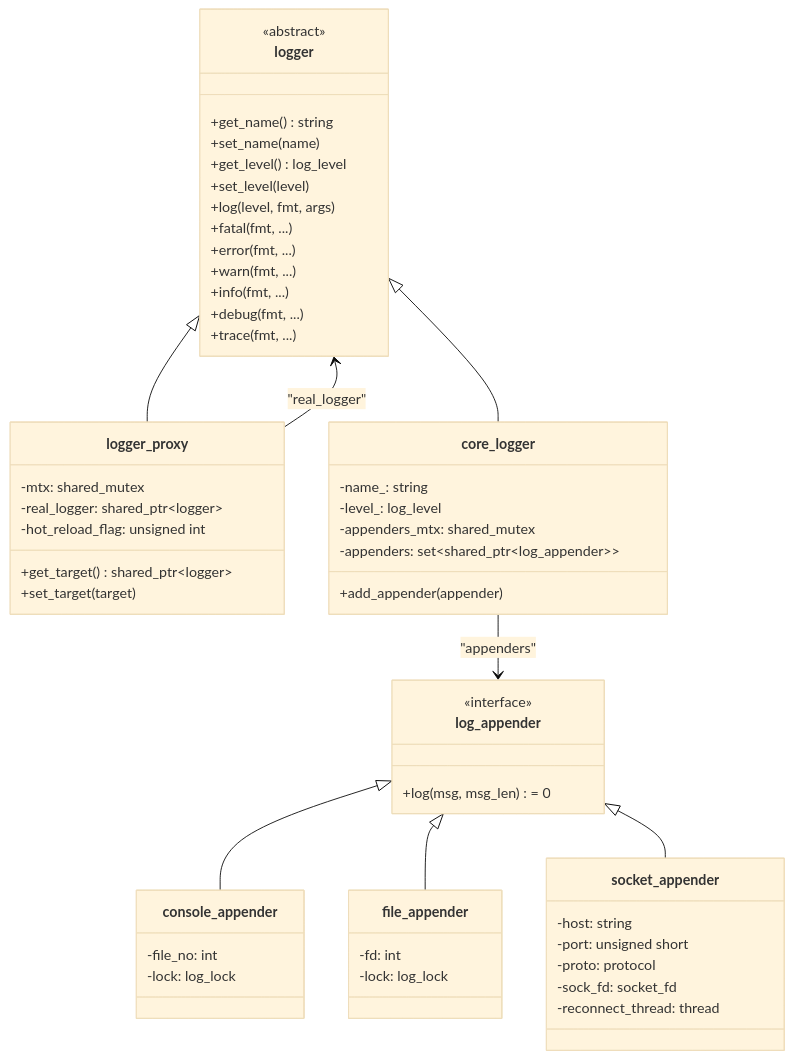
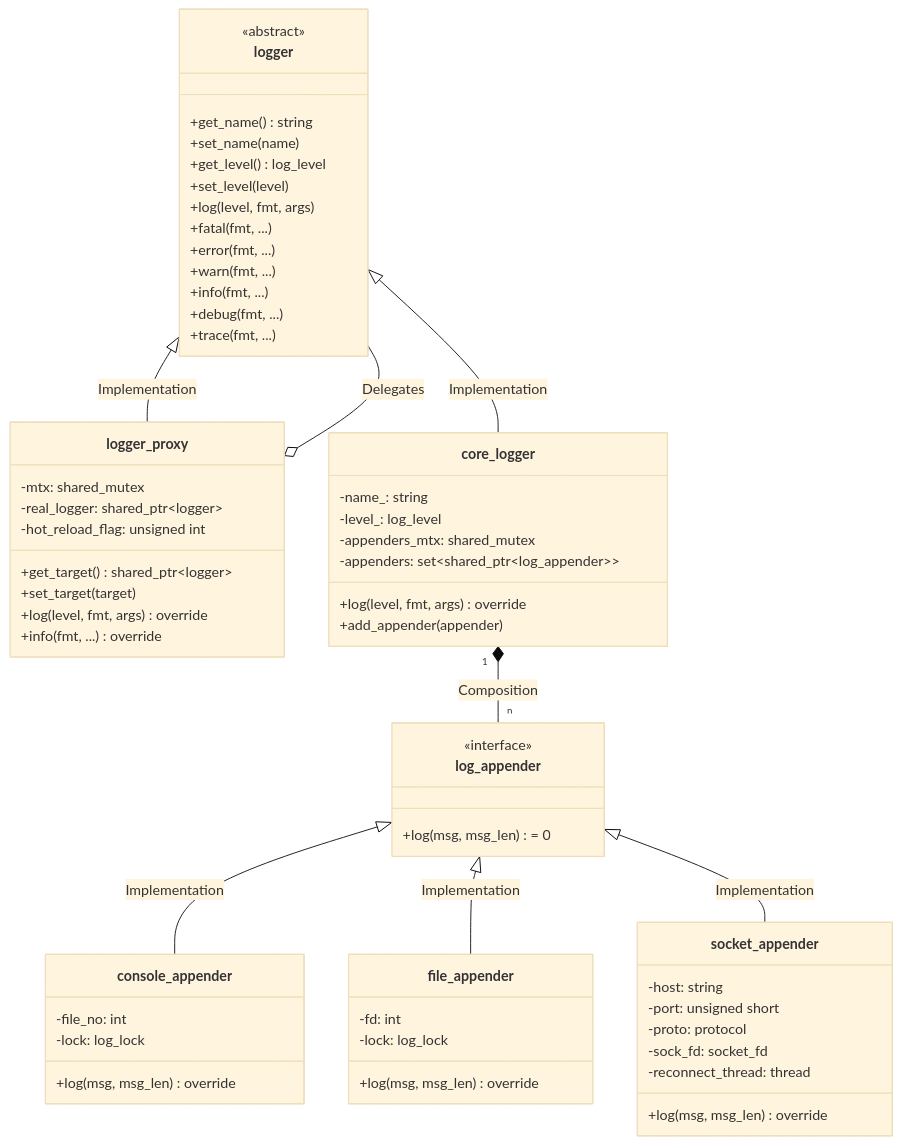
Before and after one commit to lwhttpdorg/log4cpp: the second of 10 diagrams in docs/DESIGN.md, drawn with Mermaid (base theme). The commit also changed other lines of this file, not shown here.

````diff
--- a/docs/DESIGN.md
+++ b/docs/DESIGN.md
@@ -77,65 +77,71 @@
 ```mermaid
 classDiagram
     class logger {
         <<abstract>>
         +get_name() string
         +set_name(name)
         +get_level() log_level
         +set_level(level)
         +log(level, fmt, args)
         +fatal(fmt, ...)
         +error(fmt, ...)
         +warn(fmt, ...)
         +info(fmt, ...)
         +debug(fmt, ...)
         +trace(fmt, ...)
     }
-    
+
     class logger_proxy {
         -mtx: shared_mutex
         -real_logger: shared_ptr~logger~
         -hot_reload_flag: unsigned int
         +get_target() shared_ptr~logger~
         +set_target(target)
+        +log(level, fmt, args) override
+        +info(fmt, ...) override
     }
-    
+
     class core_logger {
         -name_: string
         -level_: log_level
         -appenders_mtx: shared_mutex
         -appenders: set~shared_ptr~log_appender~~
+        +log(level, fmt, args) override
         +add_appender(appender)
     }
-    
+
     class log_appender {
         <<interface>>
         +log(msg, msg_len) = 0
     }
-    
+
     class console_appender {
         -file_no: int
         -lock: log_lock
+        +log(msg, msg_len) override
     }
-    
+
     class file_appender {
         -fd: int
         -lock: log_lock
+        +log(msg, msg_len) override
     }
-    
+
     class socket_appender {
         -host: string
         -port: unsigned short
         -proto: protocol
         -sock_fd: socket_fd
         -reconnect_thread: thread
+        +log(msg, msg_len) override
     }
-    
-    logger <|-- logger_proxy
-    logger <|-- core_logger
-    log_appender <|-- console_appender
-    log_appender <|-- file_appender
-    log_appender <|-- socket_appender
-    
-    logger_proxy --> logger : "real_logger"
-    core_logger --> log_appender : "appenders"
+
+    logger <|-- logger_proxy : Implementation
+    logger <|-- core_logger : Implementation
+	logger_proxy o-- logger : Delegates
+    log_appender <|-- console_appender : Implementation
+    log_appender <|-- file_appender : Implementation
+    log_appender <|-- socket_appender : Implementation
+
+    core_logger "1" *-- "n" log_appender : Composition
 ```
````
